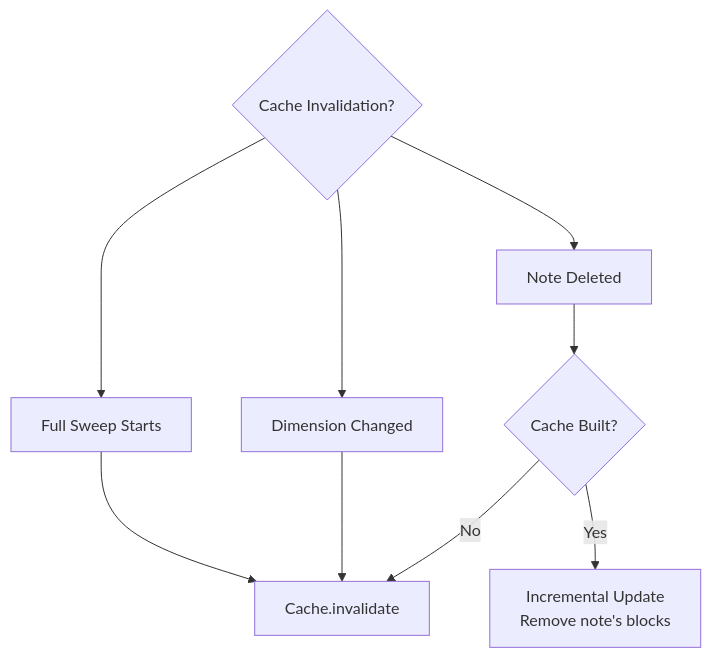
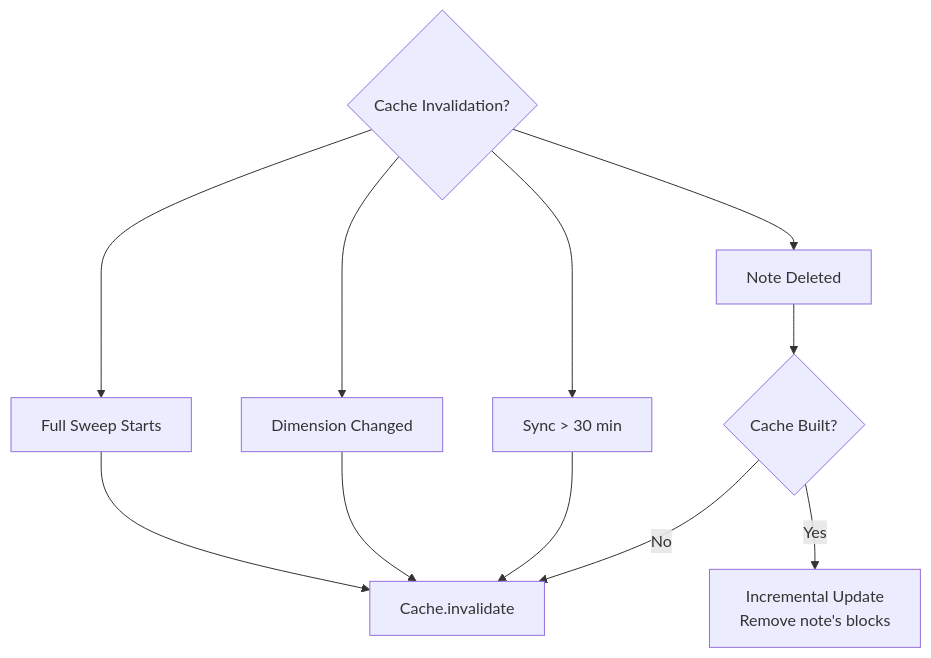
One commit to alondmnt/joplin-plugin-jarvis changed the eighth of 8 diagrams in VECTOR_DB_UPDATE_FLOW.md. Above: the diagram before and after it, drawn with Mermaid. The commit also changed other lines of this file and 2 other files, not shown here.

First line of the commit message:
improved: update sync and sweep management

````diff
--- a/VECTOR_DB_UPDATE_FLOW.md
+++ b/VECTOR_DB_UPDATE_FLOW.md
@@ -289,12 +333,14 @@
 ```mermaid
 graph TD
     A{Cache Invalidation?} --> B[Full Sweep Starts]
     A --> C[Dimension Changed]
     A --> D[Note Deleted]
+    A --> E[Sync > 30 min]
 
-    B --> E[Cache.invalidate]
-    C --> E
-    D --> F{Cache Built?}
-    F -->|Yes| G[Incremental Update<br/>Remove note's blocks]
-    F -->|No| E
+    B --> F[Cache.invalidate]
+    C --> F
+    E --> F
+    D --> G{Cache Built?}
+    G -->|Yes| H[Incremental Update<br/>Remove note's blocks]
+    G -->|No| F
 ```
````
